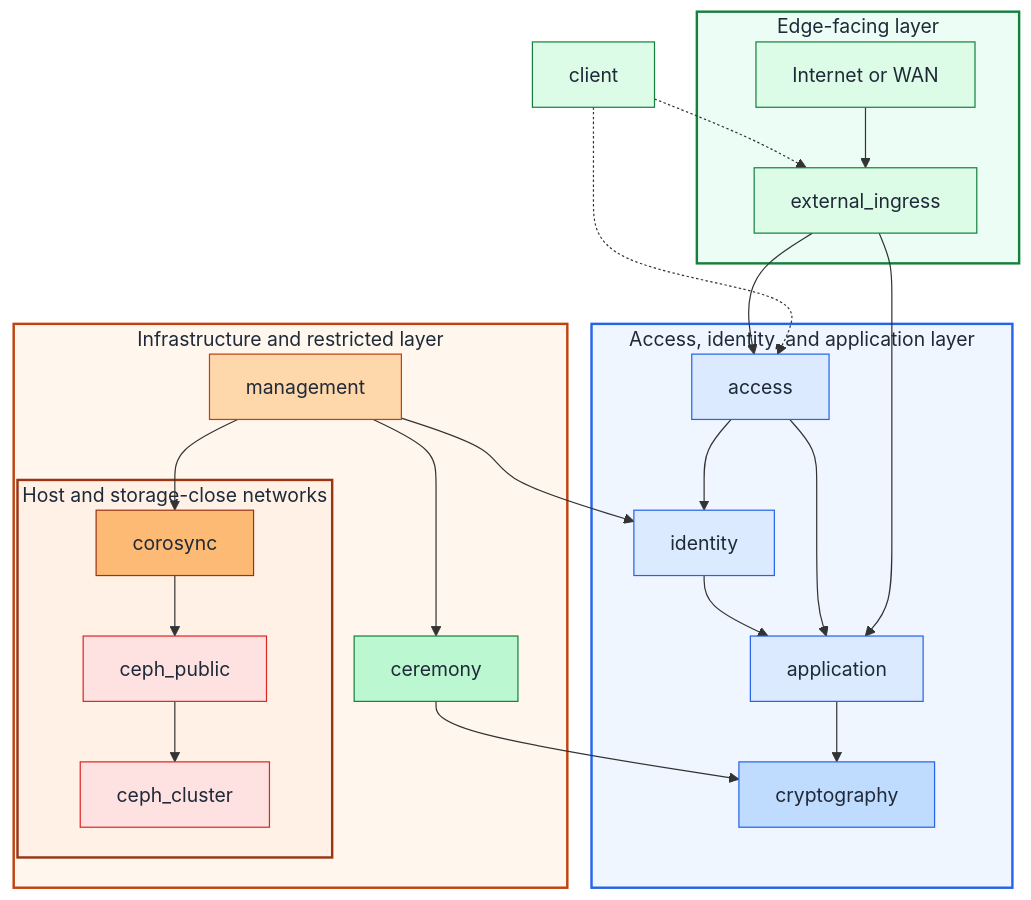
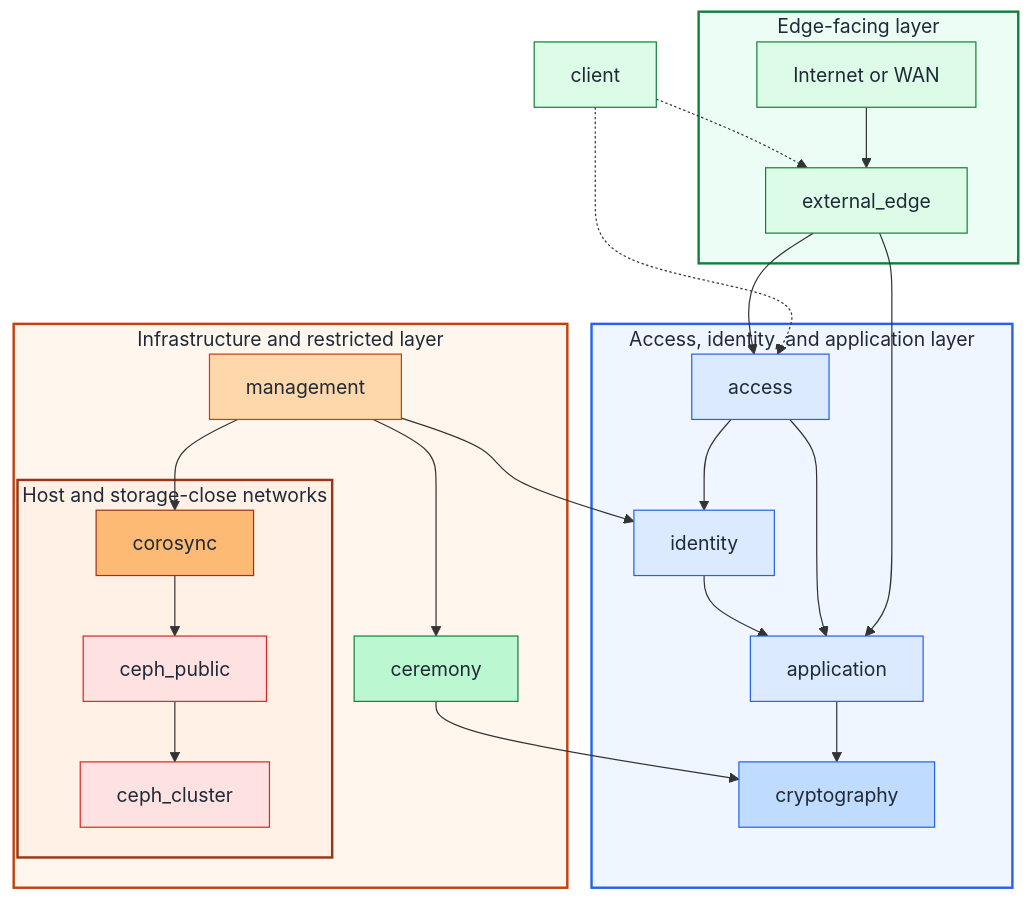
Before and after one commit to Rexus/homelab: the diagram in docs/architecture/network-zones-and-iac-mapping.md, drawn with Mermaid. The commit also changed other lines of this file and 25 other files, not shown here.

````diff
--- a/docs/architecture/network-zones-and-iac-mapping.md
+++ b/docs/architecture/network-zones-and-iac-mapping.md
@@ -33,65 +33,65 @@
 ```mermaid
 flowchart TB
   Client[client]
 
   subgraph Edge["Edge-facing layer"]
     Internet[Internet or WAN]
-    ExternalIngress[external_ingress]
-    Internet --> ExternalIngress
+    ExternalEdge[external_edge]
+    Internet --> ExternalEdge
   end
 
   subgraph App["Access, identity, and application layer"]
     Access[access]
     Identity[identity]
     Application[application]
     Cryptography[cryptography]
   end
 
   subgraph Infra["Infrastructure and restricted layer"]
     Mgmt[management]
     Ceremony[ceremony]
 
     subgraph Fabric["Host and storage-close networks"]
       Corosync[corosync]
       CephPublic[ceph_public]
       CephCluster[ceph_cluster]
     end
 
     Mgmt --> Corosync
     Corosync --> CephPublic
     CephPublic --> CephCluster
   end
 
-  Client -.-> ExternalIngress
+  Client -.-> ExternalEdge
   Client -.-> Access
-  ExternalIngress --> Access
-  ExternalIngress --> Application
+  ExternalEdge --> Access
+  ExternalEdge --> Application
   Access --> Identity
   Access --> Application
   Identity --> Application
   Application --> Cryptography
   Mgmt --> Identity
   Mgmt --> Ceremony
   Ceremony --> Cryptography
 
   style Edge fill:#ecfdf5,stroke:#15803d,stroke-width:2px,color:#1f2937
   style App fill:#eff6ff,stroke:#2563eb,stroke-width:2px,color:#1f2937
   style Infra fill:#fff7ed,stroke:#c2410c,stroke-width:2px,color:#1f2937
   style Fabric fill:#fff1e6,stroke:#9a3412,stroke-width:2px,color:#1f2937
 
   classDef edgeNode fill:#dcfce7,stroke:#15803d,color:#1f2937
   classDef appNode fill:#dbeafe,stroke:#2563eb,color:#1f2937
   classDef gatewayNode fill:#bfdbfe,stroke:#2563eb,color:#1f2937
   classDef mgmtNode fill:#fed7aa,stroke:#c2410c,color:#1f2937
   classDef proxmoxNode fill:#fdba74,stroke:#9a3412,color:#1f2937
   classDef hsmNode fill:#bbf7d0,stroke:#15803d,color:#1f2937
   classDef cephNode fill:#fee2e2,stroke:#dc2626,color:#1f2937
 
-  class Client,Internet,ExternalIngress edgeNode
+  class Client,Internet,ExternalEdge edgeNode
   class Access,Identity,Application appNode
   class Cryptography gatewayNode
   class Mgmt mgmtNode
   class Corosync proxmoxNode
   class Ceremony hsmNode
   class CephPublic,CephCluster cephNode
 ```
````
